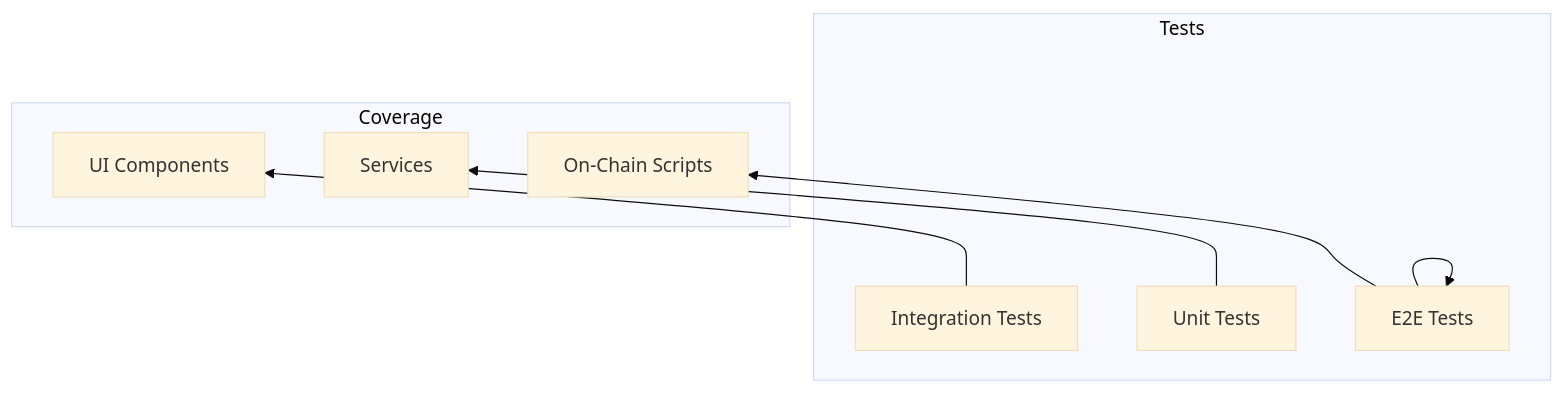
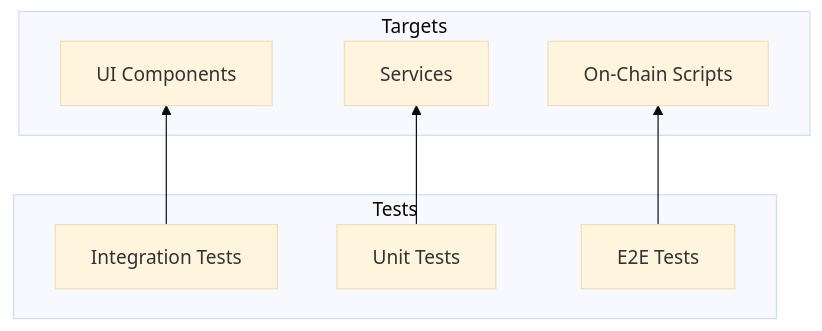
Before and after one commit to hiepthach/CertifyCKB: diagram 11 of 12 in Design_spec/Implementation_Architecture.md, drawn with Mermaid (base theme). The commit also changed other lines of this file and 2 other files, not shown here.

````diff
--- a/Design_spec/Implementation_Architecture.md
+++ b/Design_spec/Implementation_Architecture.md
@@ -680,19 +565,18 @@
 ```mermaid
 graph BT
     subgraph Tests
         E2E["E2E Tests"]
         INT["Integration Tests"]
         UNIT["Unit Tests"]
     end
 
-    subgraph Coverage
+    subgraph Targets
         UI["UI Components"]
         SERVICES["Services"]
         CONTRACTS["On-Chain Scripts"]
     end
 
     UNIT --> SERVICES
     INT --> UI
-    E2E --> E2E
     E2E --> CONTRACTS
 ```
````
